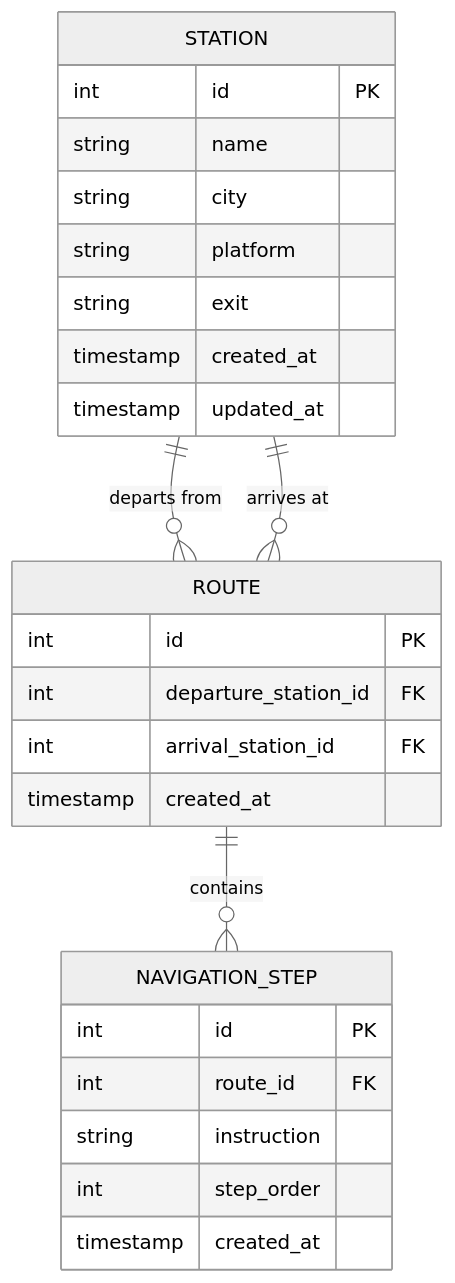
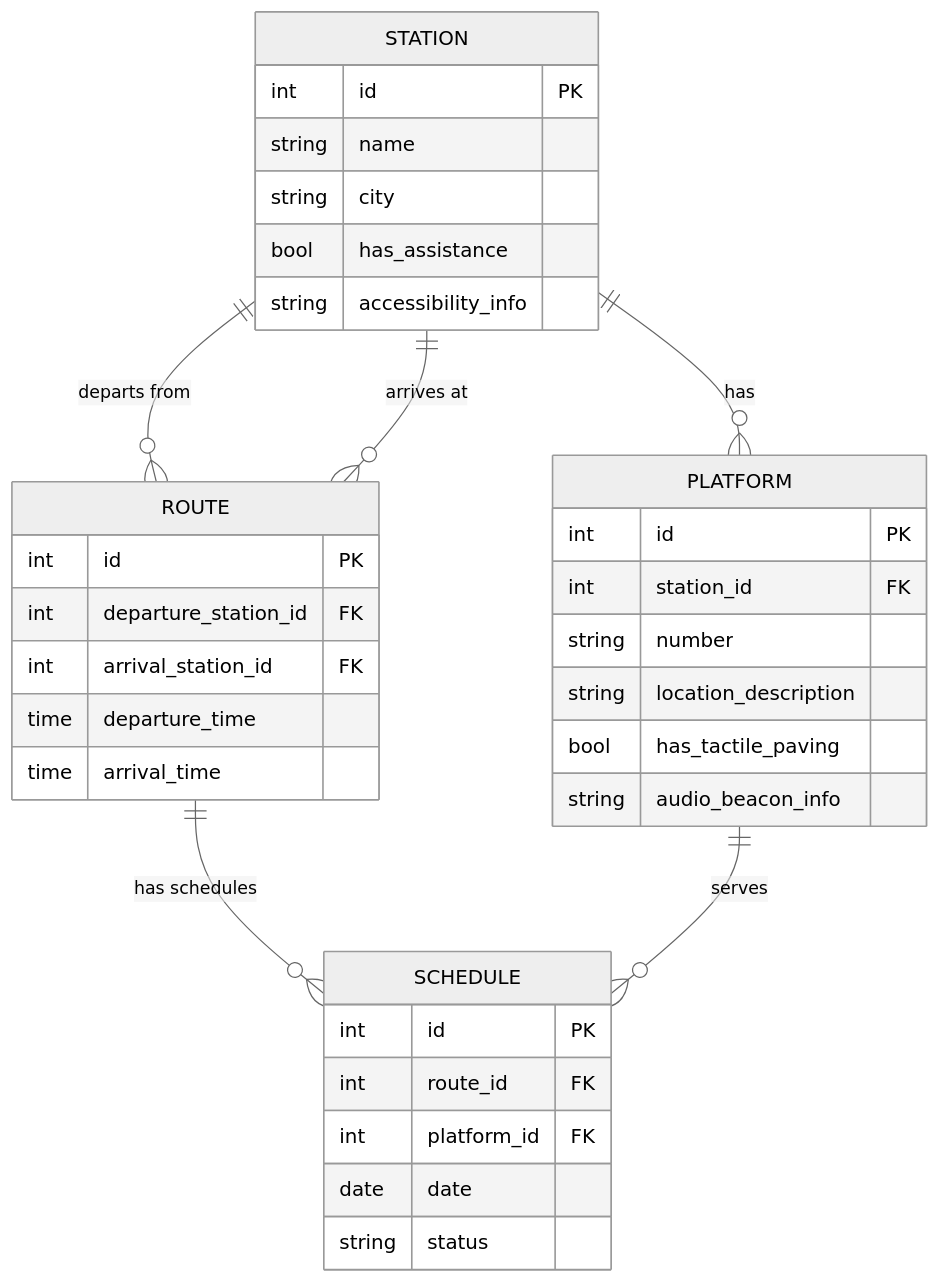
Before and after one commit to JeffreyvnZanten/ADSD-Fase2-OV-app: the diagram in Xdiagrams/ERD Database.md, drawn with Mermaid (neutral theme). The commit also changed 8 other files, not shown here.

````diff
--- a/Xdiagrams/ERD Database.md
+++ b/Xdiagrams/ERD Database.md
@@ -1,32 +1,41 @@
 ```mermaid
-
 erDiagram
     STATION {
         int id PK
         string name
         string city
-        string platform
-        string exit
-        timestamp created_at
-        timestamp updated_at
+        bool has_assistance
+        string accessibility_info
     }
 
     ROUTE {
         int id PK
         int departure_station_id FK
         int arrival_station_id FK
-        timestamp created_at
+        time departure_time
+        time arrival_time
     }
 
-    NAVIGATION_STEP {
+    PLATFORM {
+        int id PK
+        int station_id FK
+        string number
+        string location_description
+        bool has_tactile_paving
+        string audio_beacon_info
+    }
+
+    SCHEDULE {
         int id PK
         int route_id FK
-        string instruction
-        int step_order
-        timestamp created_at
+        int platform_id FK
+        date date
+        string status
     }
 
     STATION ||--o{ ROUTE : "departs from"
     STATION ||--o{ ROUTE : "arrives at"
-    ROUTE ||--o{ NAVIGATION_STEP : "contains"
+    STATION ||--o{ PLATFORM : "has"
+    ROUTE ||--o{ SCHEDULE : "has schedules"
+    PLATFORM ||--o{ SCHEDULE : "serves"
 ```
````
